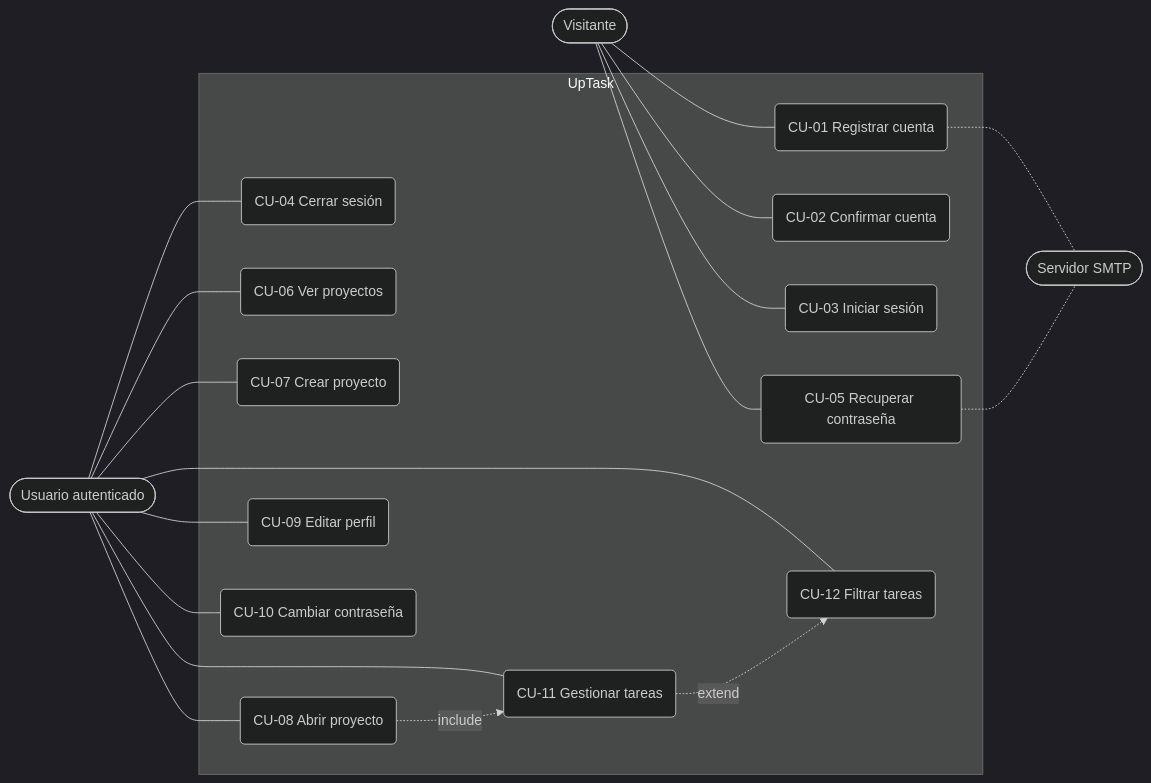
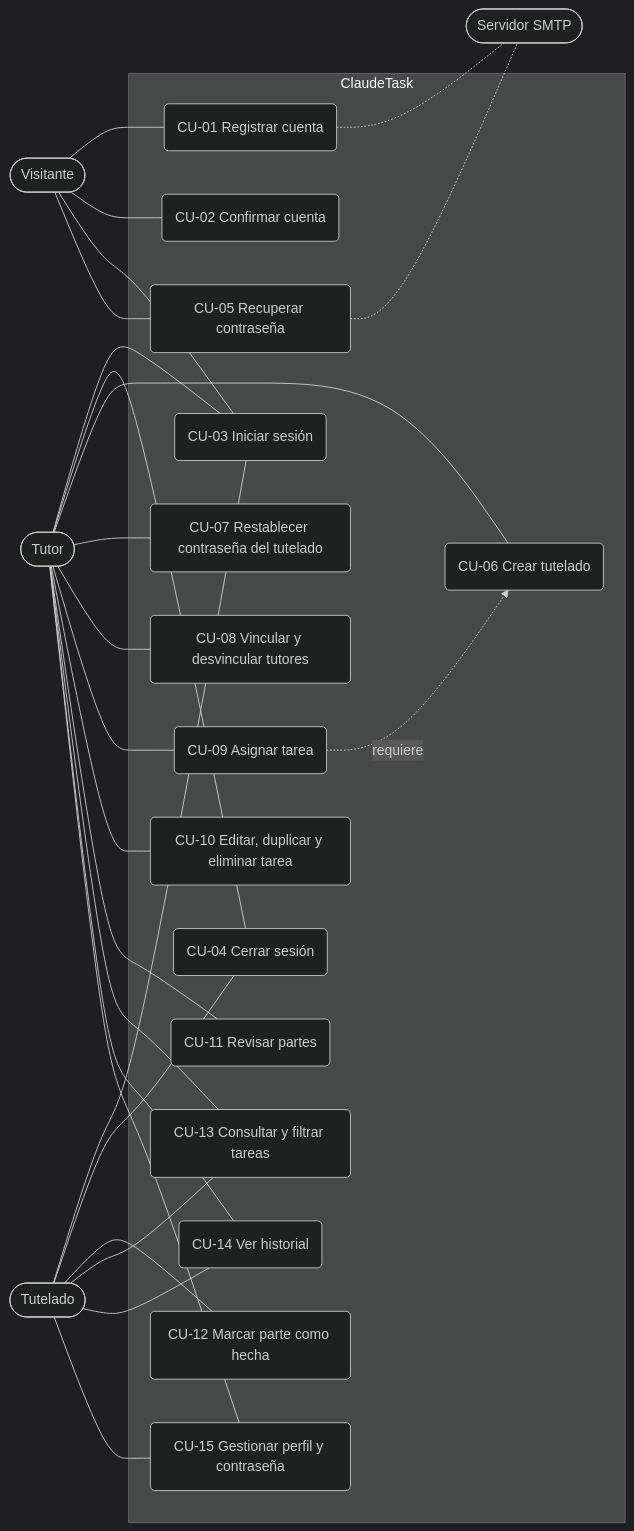
One commit to JCChoqueM/Santi-Task changed the first of 14 diagrams in docs_santitask.md. Above: the diagram before and after it, drawn with Mermaid (dark theme). The commit also changed other lines of this file, not shown here.

Commit message:
Paso 10a: secciones 3 y 4 de docs_santitask.md alineadas con ClaudeTask (roles, partes, vinculos, API)

````diff
--- a/docs_santitask.md
+++ b/docs_santitask.md
@@ -181,38 +189,50 @@
 ```mermaid
 flowchart LR
     V([Visitante])
-    U([Usuario autenticado])
+    T([Tutor])
+    A([Tutelado])
     M([Servidor SMTP])
 
-    subgraph Sistema["UpTask"]
+    subgraph Sistema["ClaudeTask"]
         CU01("CU-01 Registrar cuenta")
         CU02("CU-02 Confirmar cuenta")
         CU03("CU-03 Iniciar sesión")
+        CU04("CU-04 Cerrar sesión")
         CU05("CU-05 Recuperar contraseña")
-        CU04("CU-04 Cerrar sesión")
-        CU06("CU-06 Ver proyectos")
-        CU07("CU-07 Crear proyecto")
-        CU08("CU-08 Abrir proyecto")
-        CU09("CU-09 Editar perfil")
-        CU10("CU-10 Cambiar contraseña")
-        CU11("CU-11 Gestionar tareas")
-        CU12("CU-12 Filtrar tareas")
+        CU06("CU-06 Crear tutelado")
+        CU07("CU-07 Restablecer contraseña del tutelado")
+        CU08("CU-08 Vincular y desvincular tutores")
+        CU09("CU-09 Asignar tarea")
+        CU10("CU-10 Editar, duplicar y eliminar tarea")
+        CU11("CU-11 Revisar partes")
+        CU12("CU-12 Marcar parte como hecha")
+        CU13("CU-13 Consultar y filtrar tareas")
+        CU14("CU-14 Ver historial")
+        CU15("CU-15 Gestionar perfil y contraseña")
     end
 
     V --- CU01
     V --- CU02
     V --- CU03
     V --- CU05
-    U --- CU04
-    U --- CU06
-    U --- CU07
-    U --- CU08
-    U --- CU09
-    U --- CU10
-    U --- CU11
-    U --- CU12
+    T --- CU03
+    T --- CU04
+    T --- CU06
+    T --- CU07
+    T --- CU08
+    T --- CU09
+    T --- CU10
+    T --- CU11
+    T --- CU13
+    T --- CU14
+    T --- CU15
+    A --- CU03
+    A --- CU04
+    A --- CU12
+    A --- CU13
+    A --- CU14
+    A --- CU15
     CU01 -.- M
     CU05 -.- M
-    CU08 -. include .-> CU11
-    CU11 -. extend .-> CU12
+    CU09 -. requiere .-> CU06
 ```
````
